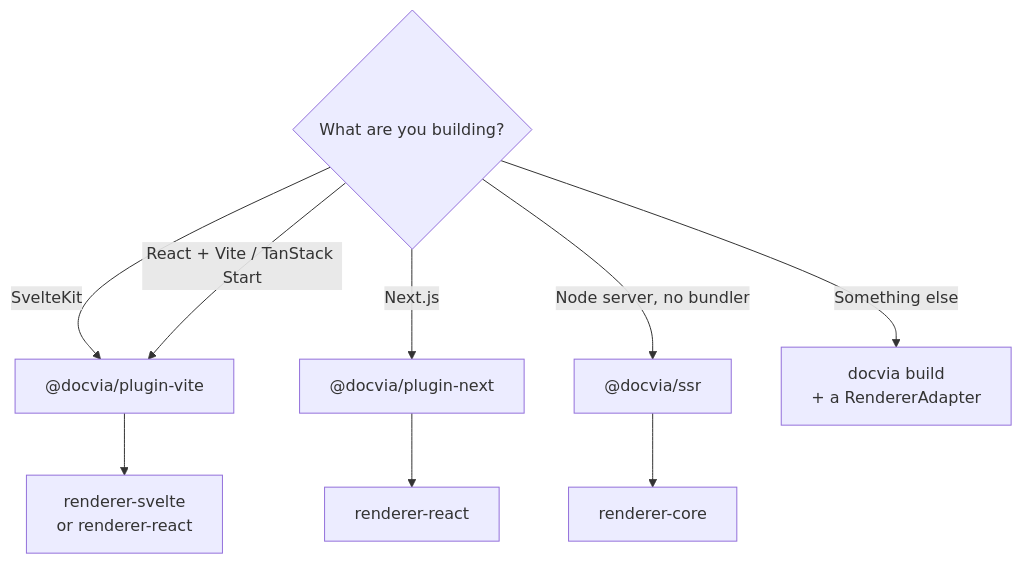
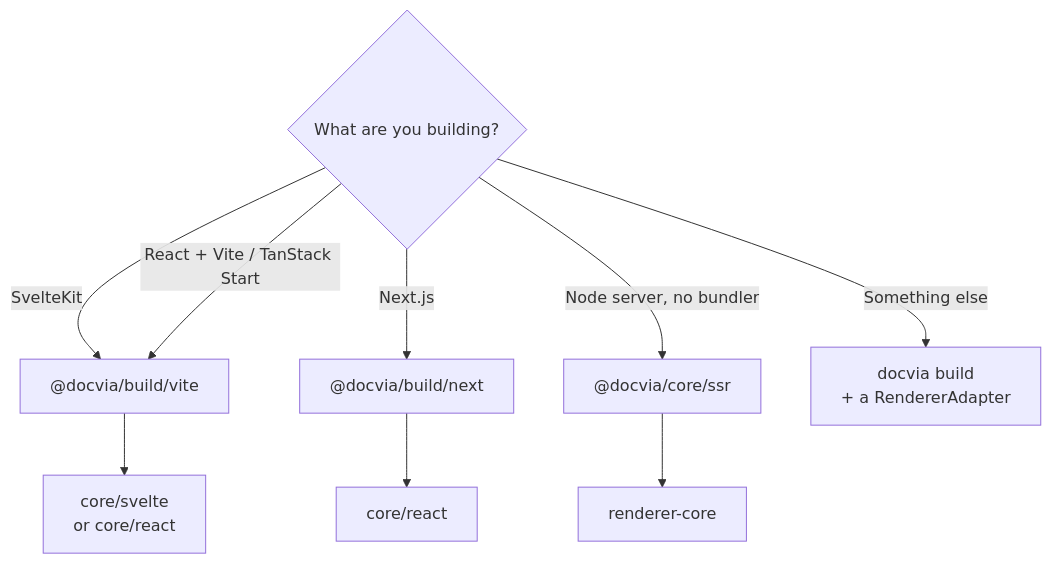
One commit to kanakkholwal/docvia changed the diagram in apps/web/src/docs/guide/frameworks.md. Above: the diagram before and after it, drawn with Mermaid. The commit also changed other lines of this file and 537 other files, not shown here.

````diff
--- a/apps/web/src/docs/guide/frameworks.md
+++ b/apps/web/src/docs/guide/frameworks.md
@@ -22,13 +22,13 @@
 ```mermaid
 %% title: Picking an integration
 flowchart TD
   Q{"What are you building?"}
-  Q -- "SvelteKit" --> V["@docvia/plugin-vite"]
+  Q -- "SvelteKit" --> V["@docvia/build/vite"]
   Q -- "React + Vite / TanStack Start" --> V
-  Q -- "Next.js" --> N["@docvia/plugin-next"]
-  Q -- "Node server, no bundler" --> S["@docvia/ssr"]
+  Q -- "Next.js" --> N["@docvia/build/next"]
+  Q -- "Node server, no bundler" --> S["@docvia/core/ssr"]
   Q -- "Something else" --> C["docvia build<br/>+ a RendererAdapter"]
-  V --> RS["renderer-svelte<br/>or renderer-react"]
-  N --> RR["renderer-react"]
+  V --> RS["core/svelte<br/>or core/react"]
+  N --> RR["core/react"]
   S --> RC["renderer-core"]
 ```
````
